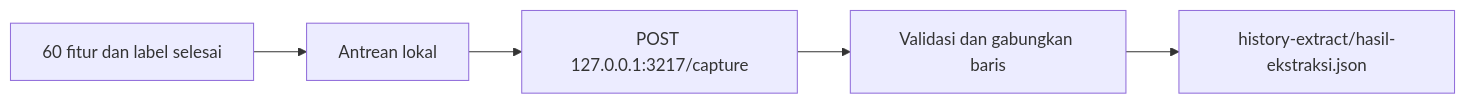
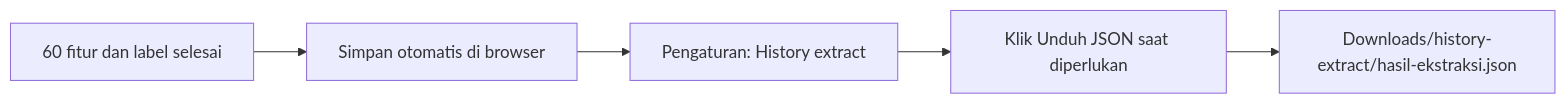
The second of 2 diagrams in README.md (UmarFaruqManek/HeuriShieldV3), drawn with Mermaid before and after one commit. The commit also changed other lines of this file and 10 other files, not shown here.

````diff
--- a/README.md
+++ b/README.md
@@ -75,7 +68,7 @@
 ```mermaid
 flowchart LR
-  A[60 fitur dan label selesai] --> B[Antrean lokal]
-  B --> C[POST 127.0.0.1:3217/capture]
-  C --> D[Validasi dan gabungkan baris]
-  D --> E[history-extract/hasil-ekstraksi.json]
+  A[60 fitur dan label selesai] --> B[Simpan otomatis di browser]
+  B --> C[Pengaturan: History extract]
+  C --> D[Klik Unduh JSON saat diperlukan]
+  D --> E[Downloads/history-extract/hasil-ekstraksi.json]
 ```
````
